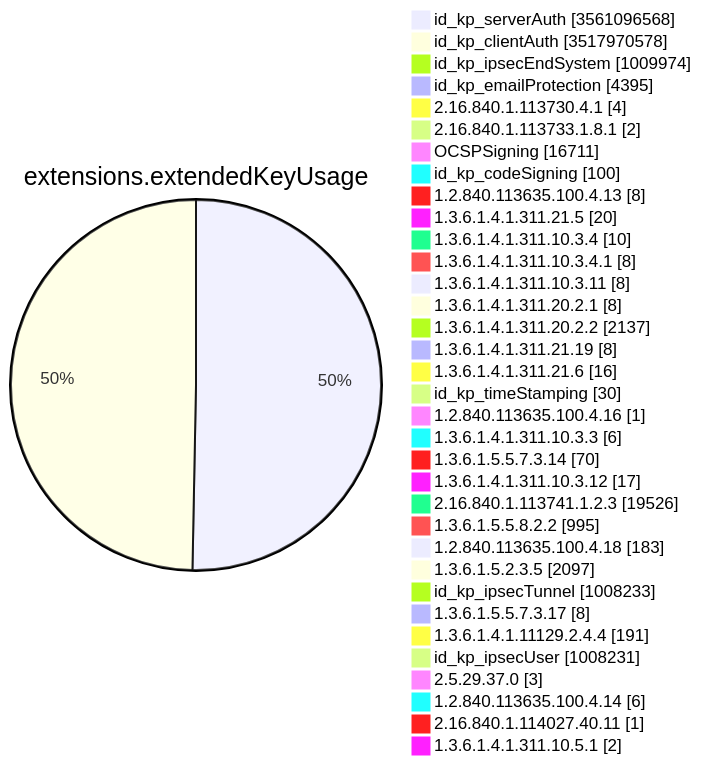
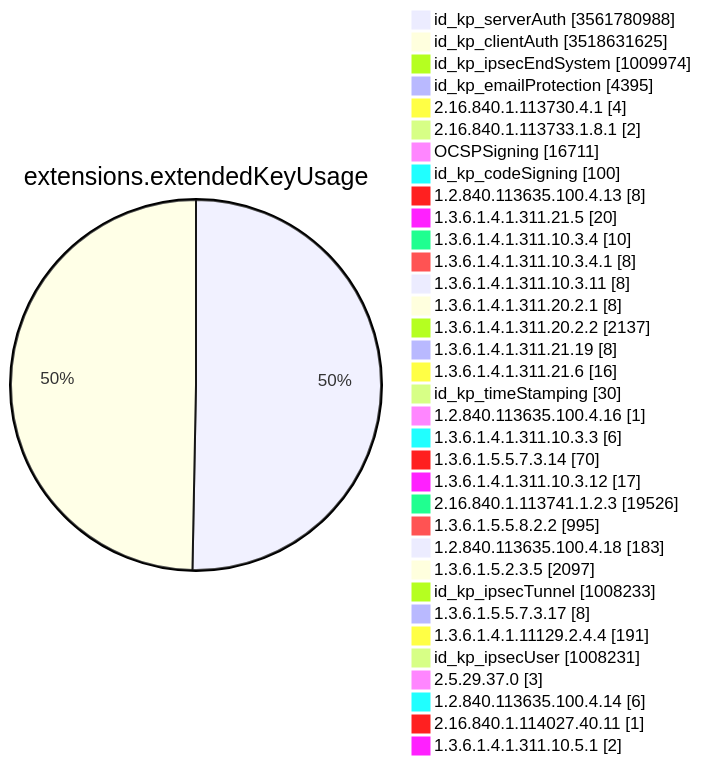
Before and after one commit to christiankrug/ctmonitor_visualization: diagram 11 of 15 in TOTAL/README.md, drawn with Mermaid. The commit also changed other lines of this file, not shown here.

````diff
--- a/TOTAL/README.md
+++ b/TOTAL/README.md
@@ -4128,38 +4128,38 @@
 ```mermaid
 pie showData
 title extensions.extendedKeyUsage
-"id_kp_serverAuth" :3561096568
-"id_kp_clientAuth" :3517970578
+"id_kp_serverAuth" :3561780988
+"id_kp_clientAuth" :3518631625
 "id_kp_ipsecEndSystem" :1009974
 "id_kp_emailProtection" :4395
 "2.16.840.1.113730.4.1" :4
 "2.16.840.1.113733.1.8.1" :2
 "OCSPSigning" :16711
 "id_kp_codeSigning" :100
 "1.2.840.113635.100.4.13" :8
 "1.3.6.1.4.1.311.21.5" :20
 "1.3.6.1.4.1.311.10.3.4" :10
 "1.3.6.1.4.1.311.10.3.4.1" :8
 "1.3.6.1.4.1.311.10.3.11" :8
 "1.3.6.1.4.1.311.20.2.1" :8
 "1.3.6.1.4.1.311.20.2.2" :2137
 "1.3.6.1.4.1.311.21.19" :8
 "1.3.6.1.4.1.311.21.6" :16
 "id_kp_timeStamping" :30
 "1.2.840.113635.100.4.16" :1
 "1.3.6.1.4.1.311.10.3.3" :6
 "1.3.6.1.5.5.7.3.14" :70
 "1.3.6.1.4.1.311.10.3.12" :17
 "2.16.840.1.113741.1.2.3" :19526
 "1.3.6.1.5.5.8.2.2" :995
 "1.2.840.113635.100.4.18" :183
 "1.3.6.1.5.2.3.5" :2097
 "id_kp_ipsecTunnel" :1008233
 "1.3.6.1.5.5.7.3.17" :8
 "1.3.6.1.4.1.11129.2.4.4" :191
 "id_kp_ipsecUser" :1008231
 "2.5.29.37.0" :3
 "1.2.840.113635.100.4.14" :6
 "2.16.840.1.114027.40.11" :1
 "1.3.6.1.4.1.311.10.5.1" :2
 ```
````
